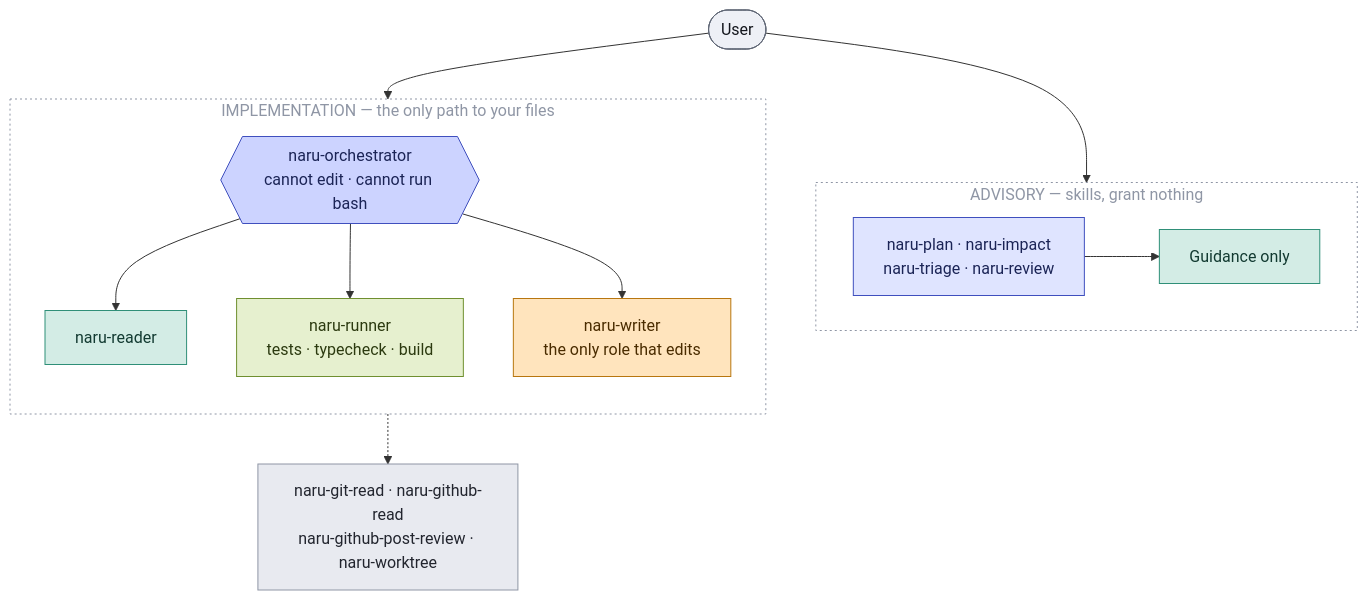
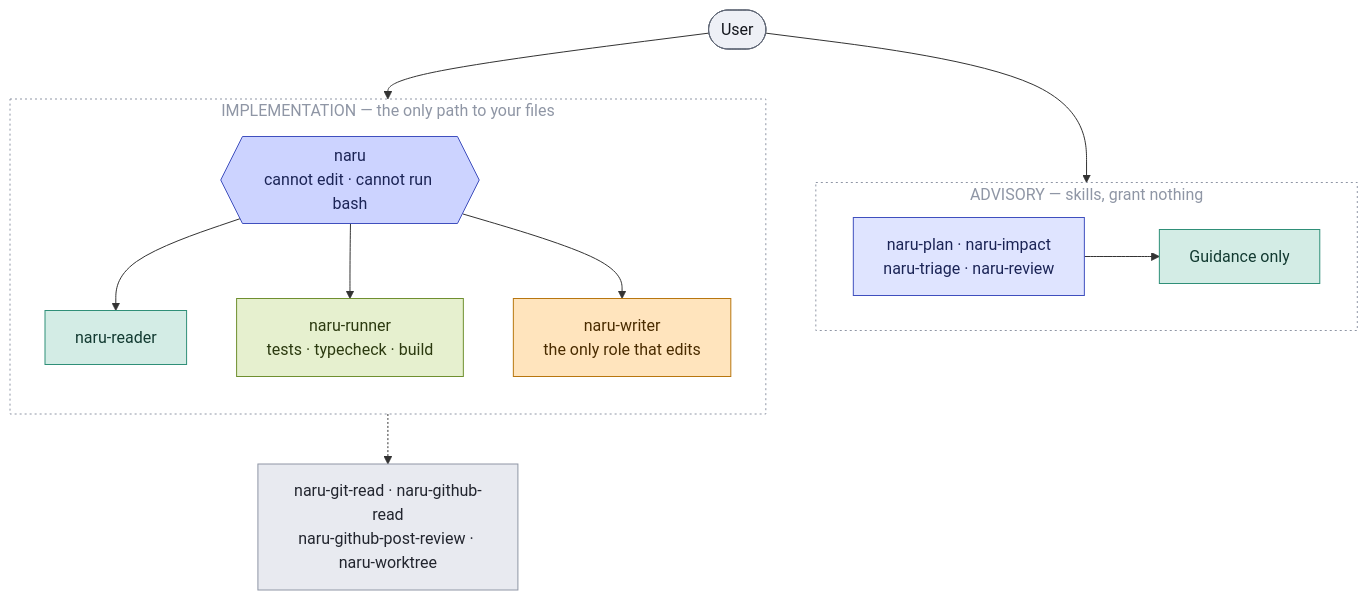
The diagram in docs/src/content/docs/index.mdx (sean35mm/naru-opencode), drawn with Mermaid before and after one commit. The commit also changed 27 other files, not shown here.

First line of the commit message:
feat: rename naru-orchestrator agent to naru

````diff
--- a/docs/src/content/docs/index.mdx
+++ b/docs/src/content/docs/index.mdx
@@ -20,34 +20,34 @@
 ```mermaid
 flowchart TB
   U(["User"]):::actor
 
   subgraph advisory["ADVISORY — skills, grant nothing"]
     direction LR
     SK["naru-plan · naru-impact<br/>naru-triage · naru-review"]:::entry --> AG["Guidance only"]:::read
   end
 
   subgraph impl["IMPLEMENTATION — the only path to your files"]
     direction TB
-    ORC{{"naru-orchestrator<br/>cannot edit · cannot run bash"}}:::coord
+    ORC{{"naru<br/>cannot edit · cannot run bash"}}:::coord
     ORC --> RD["naru-reader"]:::read
     ORC --> RUN["naru-runner<br/>tests · typecheck · build"]:::shell
     ORC --> WR["naru-writer<br/>the only role that edits"]:::write
   end
 
   TL["naru-git-read · naru-github-read<br/>naru-github-post-review · naru-worktree"]:::gate
 
   U --> SK
   U --> ORC
   ORC -.-> TL
 
   style advisory fill:none,stroke:#8f96a5,stroke-dasharray:2 3,color:#8f96a5
   style impl fill:none,stroke:#8f96a5,stroke-dasharray:2 3,color:#8f96a5
 
   classDef actor fill:#eef0f6,stroke:#5f6675,color:#14161d
   classDef entry fill:#dfe4ff,stroke:#3f4fbe,color:#1b2456
   classDef coord fill:#ccd3ff,stroke:#3f4fbe,color:#1b2456
   classDef read fill:#d3ece5,stroke:#2f8f78,color:#123a31
   classDef shell fill:#e6f0cf,stroke:#6f8f2f,color:#2c3a10
   classDef write fill:#ffe4bd,stroke:#b8760f,color:#4a2c00
   classDef gate fill:#e8eaf0,stroke:#8f96a5,color:#22252e
 ```
````
